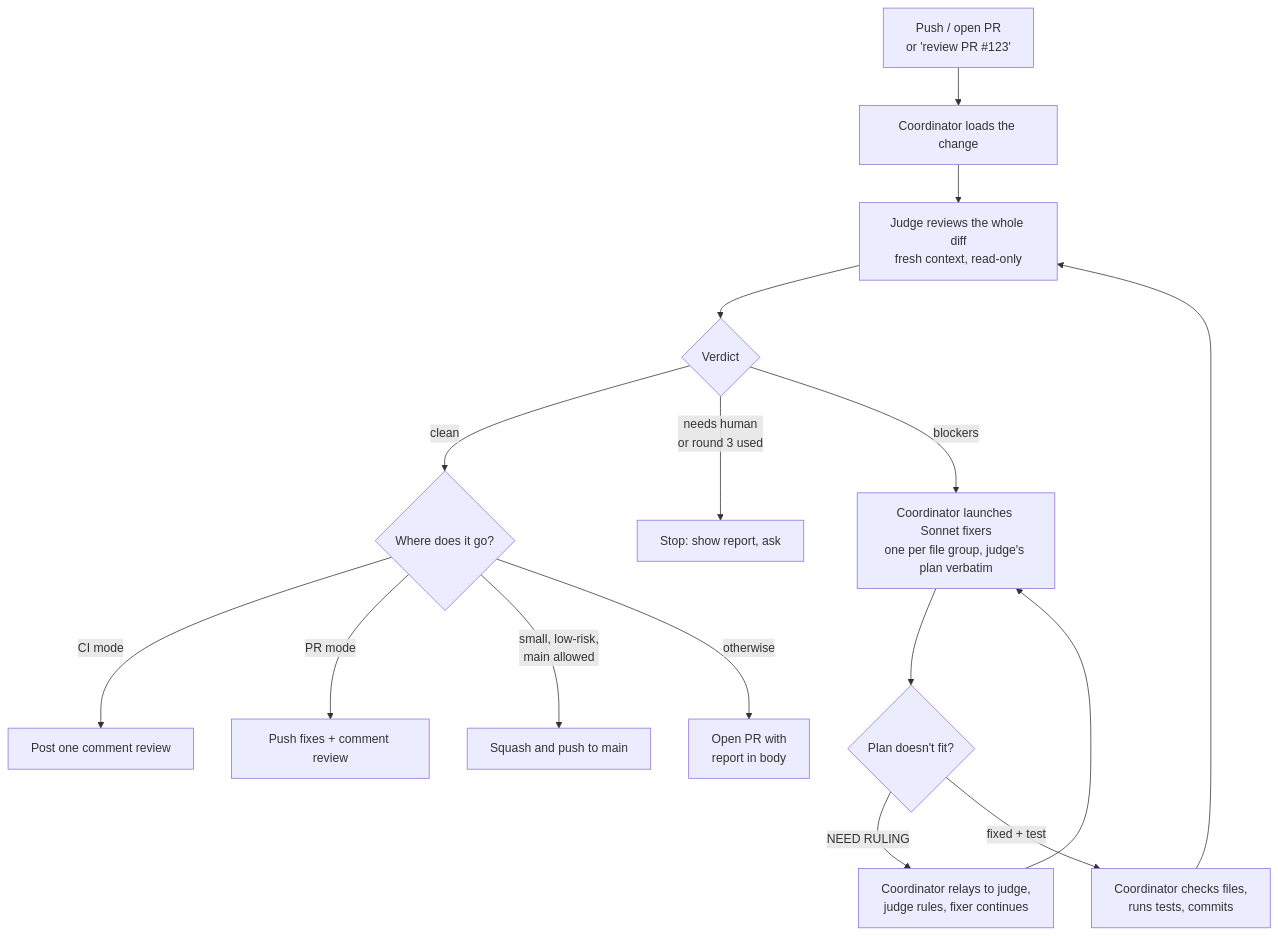
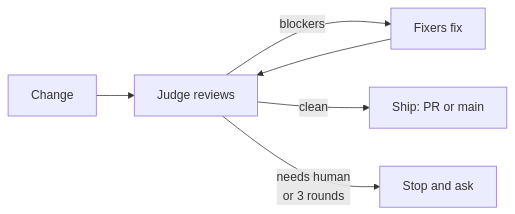
Before and after one commit to saleem-hadad/skills: the diagram in docs/ship.md, drawn with Mermaid.

Commit message:
docs(ship): simplify the loop diagram
Pre-push review: skipped at the user's explicit request.

````diff
--- a/docs/ship.md
+++ b/docs/ship.md
@@ -21,18 +21,8 @@
 ```mermaid
-flowchart TD
-    A[Push / open PR<br/>or 'review PR #123'] --> B[Coordinator loads the change]
-    B --> C[Judge reviews the whole diff<br/>fresh context, read-only]
-    C --> G{Verdict}
-    G -- clean --> S{Where does it go?}
-    G -- needs human<br/>or round 3 used --> X[Stop: show report, ask]
-    G -- blockers --> I[Coordinator launches Sonnet fixers<br/>one per file group, judge's plan verbatim]
-    I --> Q{Plan doesn't fit?}
-    Q -- NEED RULING --> R[Coordinator relays to judge,<br/>judge rules, fixer continues]
-    R --> I
-    Q -- fixed + test --> J[Coordinator checks files,<br/>runs tests, commits]
-    J --> C
-    S -- CI mode --> P1[Post one comment review]
-    S -- PR mode --> P2[Push fixes + comment review]
-    S -- small, low-risk,<br/>main allowed --> P3[Squash and push to main]
-    S -- otherwise --> P4[Open PR with<br/>report in body]
+flowchart LR
+    A[Change] --> J[Judge reviews]
+    J -- blockers --> F[Fixers fix]
+    F --> J
+    J -- clean --> S[Ship: PR or main]
+    J -- needs human<br/>or 3 rounds --> X[Stop and ask]
 ```
````
